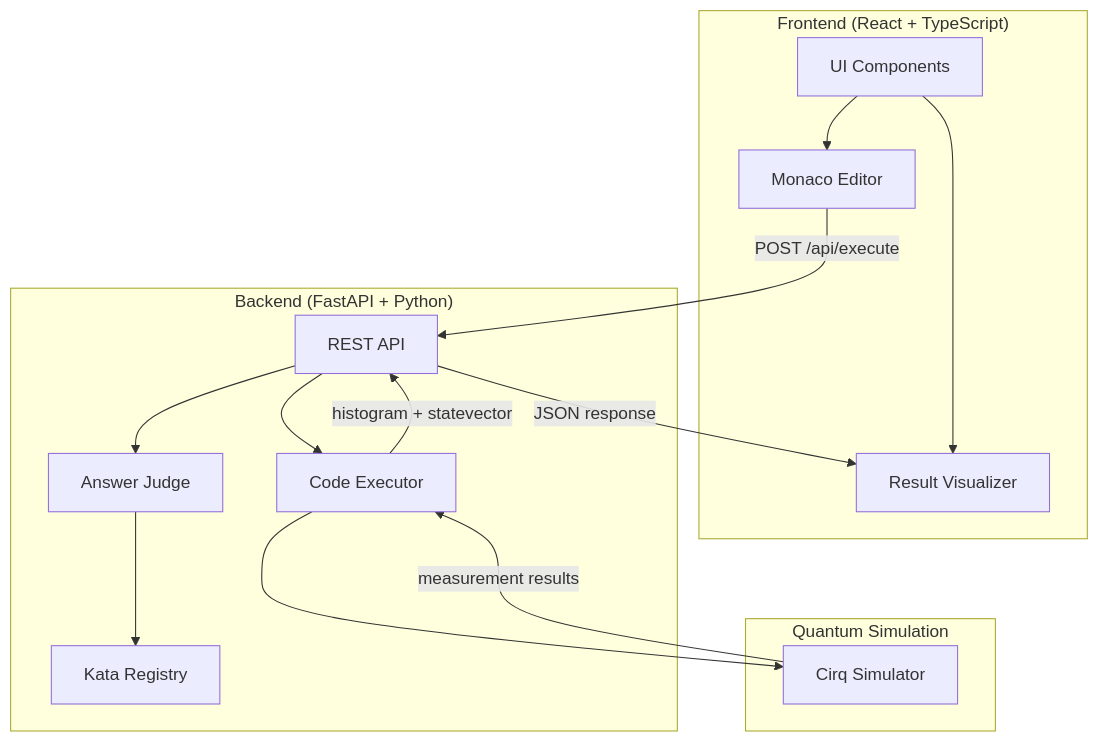
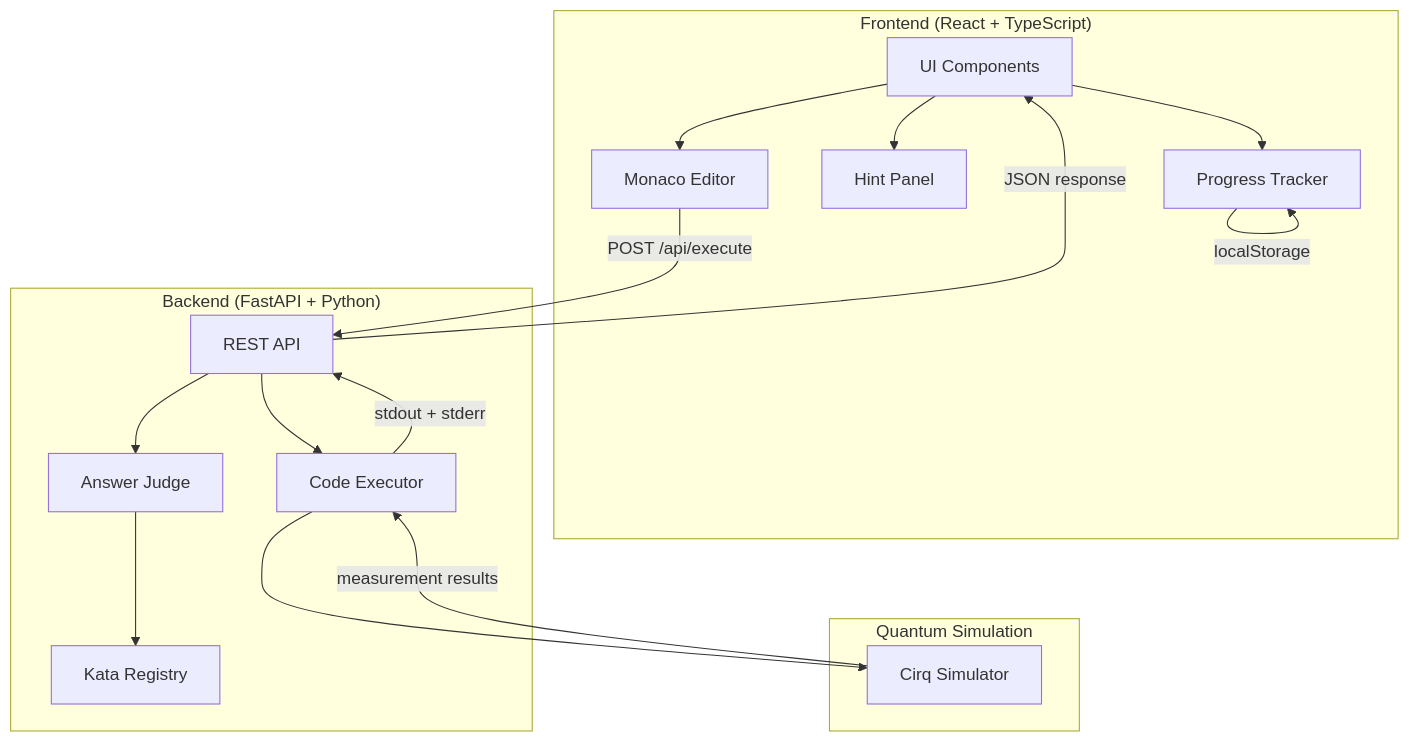
One commit to akaitigo/quantum-katas changed the diagram in README.md. Above: the diagram before and after it, drawn with Mermaid. The commit also changed other lines of this file and 11 other files, not shown here.

````diff
--- a/README.md
+++ b/README.md
@@ -9,30 +85,33 @@
 ```mermaid
 graph TB
     subgraph Frontend["Frontend (React + TypeScript)"]
         UI[UI Components]
         ME[Monaco Editor]
-        VIS[Result Visualizer]
+        HP[Hint Panel]
+        PB[Progress Tracker]
     end
 
     subgraph Backend["Backend (FastAPI + Python)"]
         API[REST API]
         EXEC[Code Executor]
         JUDGE[Answer Judge]
         KATA[Kata Registry]
     end
 
     subgraph Simulator["Quantum Simulation"]
         CIRQ[Cirq Simulator]
     end
 
     UI --> ME
-    UI --> VIS
+    UI --> HP
+    UI --> PB
     ME -->|POST /api/execute| API
     API --> EXEC
     EXEC --> CIRQ
     CIRQ -->|measurement results| EXEC
-    EXEC -->|histogram + statevector| API
-    API -->|JSON response| VIS
+    EXEC -->|stdout + stderr| API
+    API -->|JSON response| UI
     API --> JUDGE
     JUDGE --> KATA
+    PB -->|localStorage| PB
 ```
````
